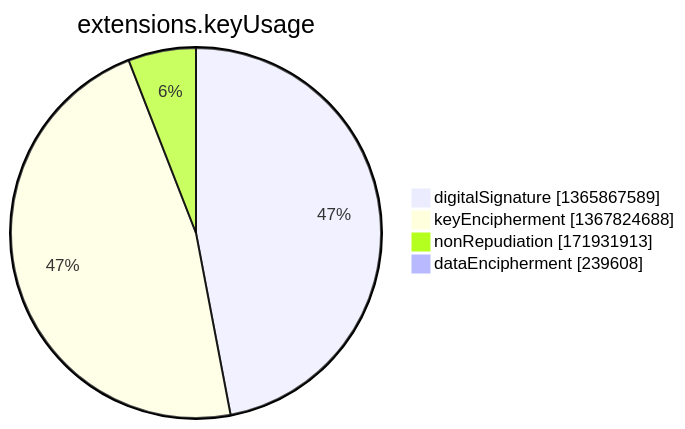
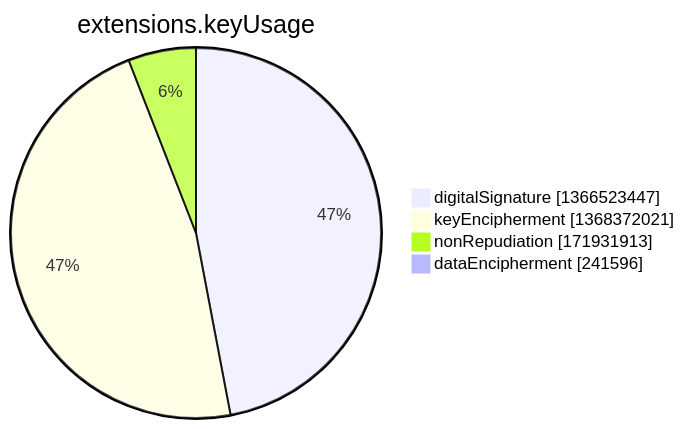
The seventh of 15 diagrams in argon2022/README.md (christiankrug/ctmonitor_visualization), drawn with Mermaid before and after one commit. The commit also changed other lines of this file, not shown here.

````diff
--- a/argon2022/README.md
+++ b/argon2022/README.md
@@ -2751,8 +2751,8 @@
 ```mermaid
 pie showData
 title extensions.keyUsage
-"digitalSignature" :1365867589
-"keyEncipherment" :1367824688
+"digitalSignature" :1366523447
+"keyEncipherment" :1368372021
 "nonRepudiation" :171931913
-"dataEncipherment" :239608
+"dataEncipherment" :241596
 ```
````
